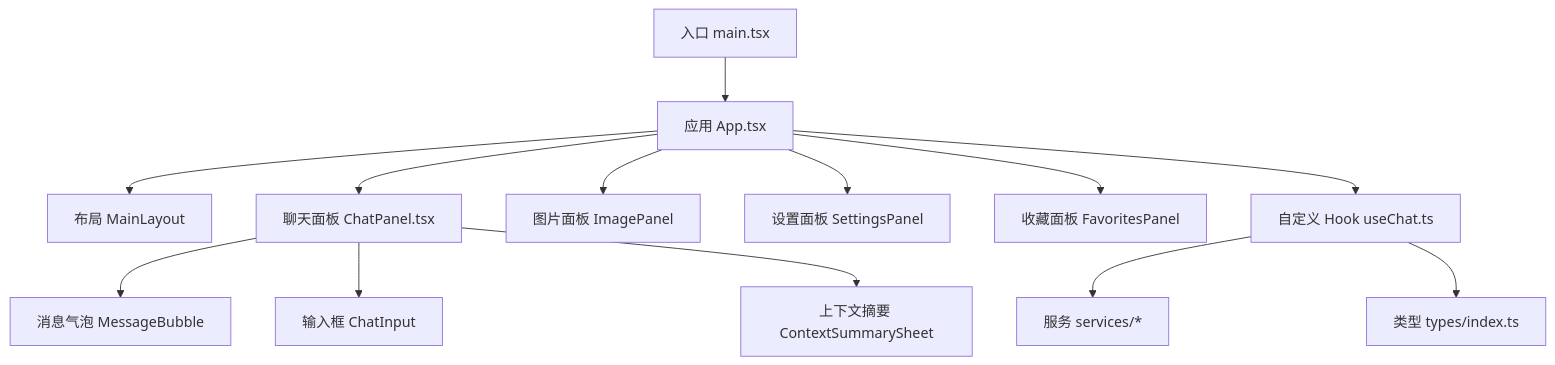
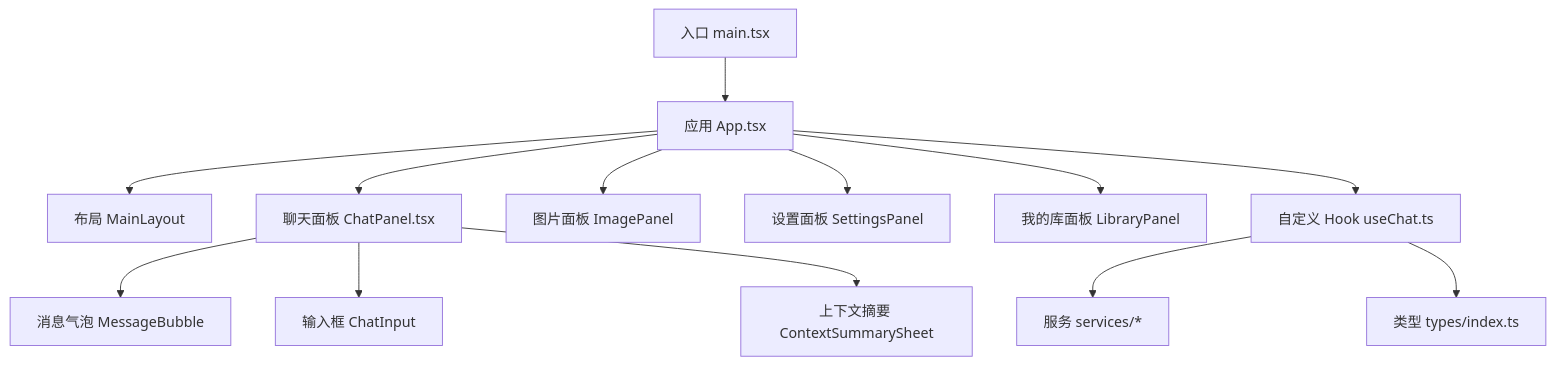
Before and after one commit to billye220670/AIShop: the first of 3 diagrams in .qoder/repowiki/zh/content/开发指南/编码规范.md, drawn with Mermaid. The commit also changed 99 other files, not shown here.

````diff
--- a/.qoder/repowiki/zh/content/开发指南/编码规范.md
+++ b/.qoder/repowiki/zh/content/开发指南/编码规范.md
@@ -43,15 +43,15 @@
 ```mermaid
 graph TB
 A["入口 main.tsx"] --> B["应用 App.tsx"]
 B --> C["布局 MainLayout"]
 B --> D["聊天面板 ChatPanel.tsx"]
 B --> E["图片面板 ImagePanel"]
 B --> F["设置面板 SettingsPanel"]
-B --> G["收藏面板 FavoritesPanel"]
+B --> G["我的库面板 LibraryPanel"]
 D --> H["消息气泡 MessageBubble"]
 D --> I["输入框 ChatInput"]
 D --> J["上下文摘要 ContextSummarySheet"]
 B --> K["自定义 Hook useChat.ts"]
 K --> L["服务 services/*"]
 K --> M["类型 types/index.ts"]
 ```
````
